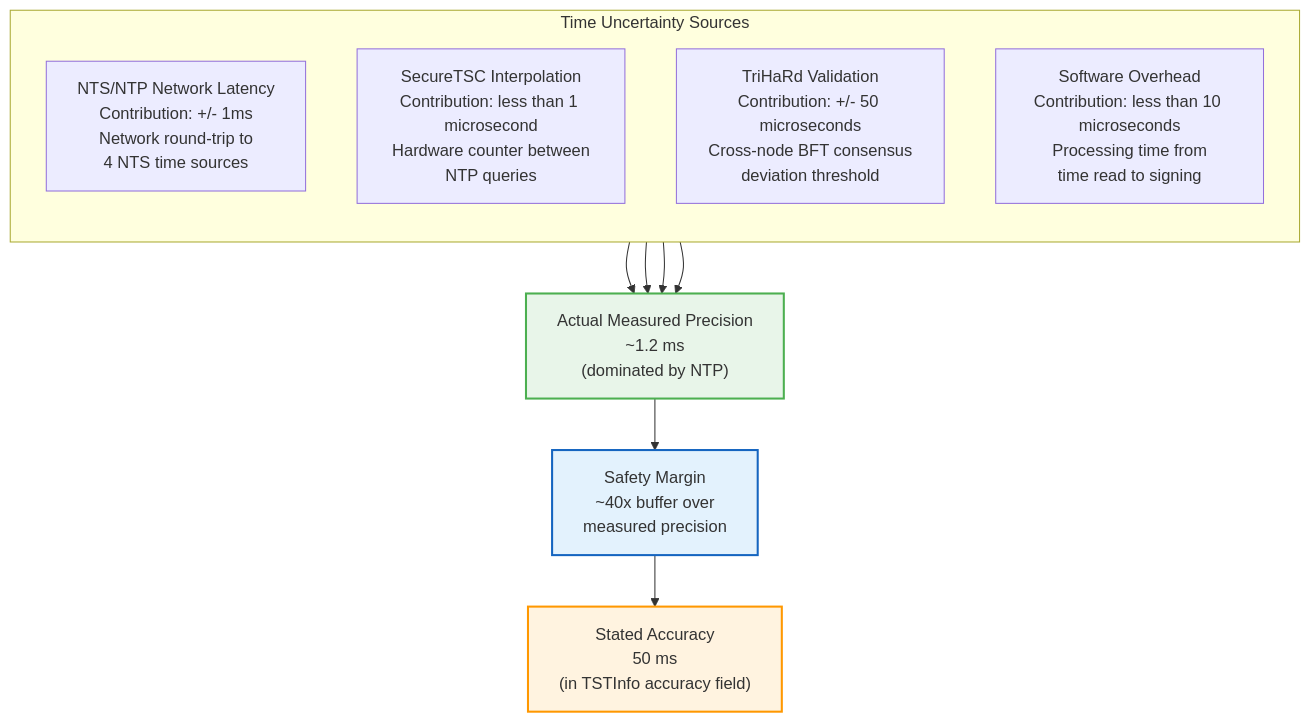
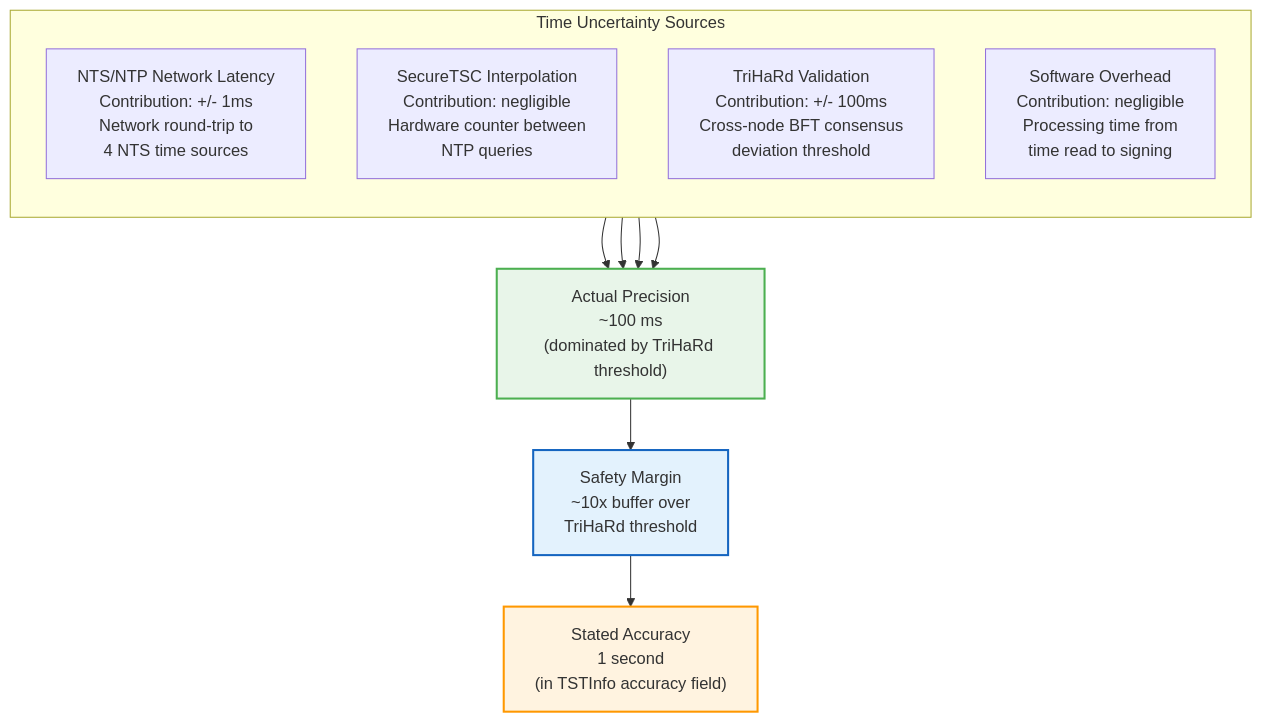
One commit to NickBorgers/confidential-computing-tsa changed the seventh of 9 diagrams in docs/06-rfc3161-compliance.md. Above: the diagram before and after it, drawn with Mermaid. The commit also changed other lines of this file and 8 other files, not shown here.

````diff
--- a/docs/06-rfc3161-compliance.md
+++ b/docs/06-rfc3161-compliance.md
@@ -679,27 +679,27 @@
 ```mermaid
 flowchart TD
     subgraph Sources["Time Uncertainty Sources"]
         direction TB
         NTS_SRC["NTS/NTP Network Latency<br/>Contribution: +/- 1ms<br/>Network round-trip to<br/>4 NTS time sources"]
-        TSC_SRC["SecureTSC Interpolation<br/>Contribution: less than 1 microsecond<br/>Hardware counter between<br/>NTP queries"]
-        TRI_SRC["TriHaRd Validation<br/>Contribution: +/- 50 microseconds<br/>Cross-node BFT consensus<br/>deviation threshold"]
-        SW_SRC["Software Overhead<br/>Contribution: less than 10 microseconds<br/>Processing time from<br/>time read to signing"]
+        TSC_SRC["SecureTSC Interpolation<br/>Contribution: negligible<br/>Hardware counter between<br/>NTP queries"]
+        TRI_SRC["TriHaRd Validation<br/>Contribution: +/- 100ms<br/>Cross-node BFT consensus<br/>deviation threshold"]
+        SW_SRC["Software Overhead<br/>Contribution: negligible<br/>Processing time from<br/>time read to signing"]
     end
 
-    ACTUAL["Actual Measured Precision<br/>~1.2 ms<br/>(dominated by NTP)"]
+    ACTUAL["Actual Precision<br/>~100 ms<br/>(dominated by TriHaRd threshold)"]
 
-    MARGIN["Safety Margin<br/>~40x buffer over<br/>measured precision"]
+    MARGIN["Safety Margin<br/>~10x buffer over<br/>TriHaRd threshold"]
 
-    STATED["Stated Accuracy<br/>50 ms<br/>(in TSTInfo accuracy field)"]
+    STATED["Stated Accuracy<br/>1 second<br/>(in TSTInfo accuracy field)"]
 
     NTS_SRC --> ACTUAL
     TSC_SRC --> ACTUAL
     TRI_SRC --> ACTUAL
     SW_SRC --> ACTUAL
     ACTUAL --> MARGIN
     MARGIN --> STATED
 
     style ACTUAL fill:#e8f5e9,stroke:#4CAF50,stroke-width:2px
     style STATED fill:#fff3e0,stroke:#FF9800,stroke-width:2px
     style MARGIN fill:#e3f2fd,stroke:#1565C0,stroke-width:2px
 ```
````
